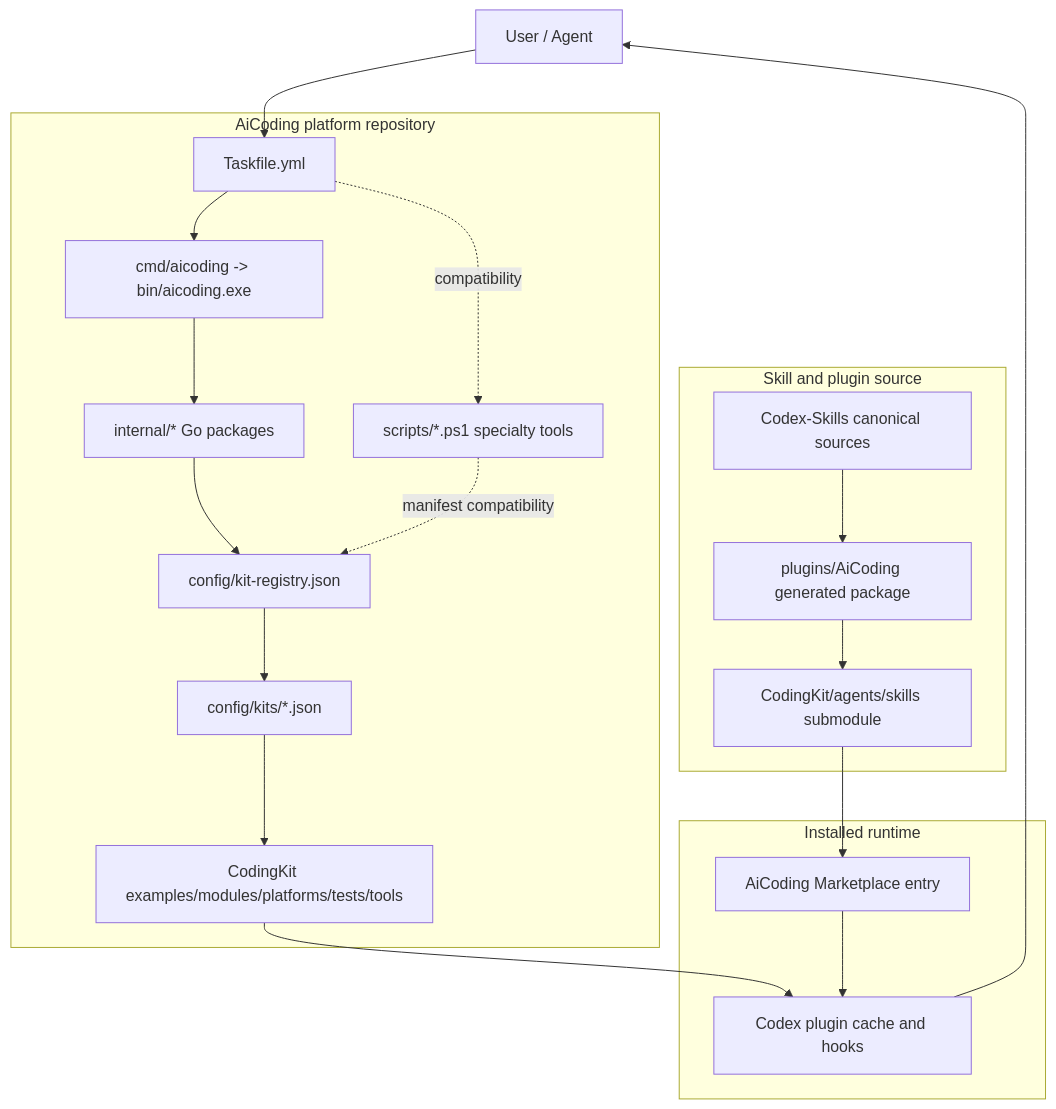
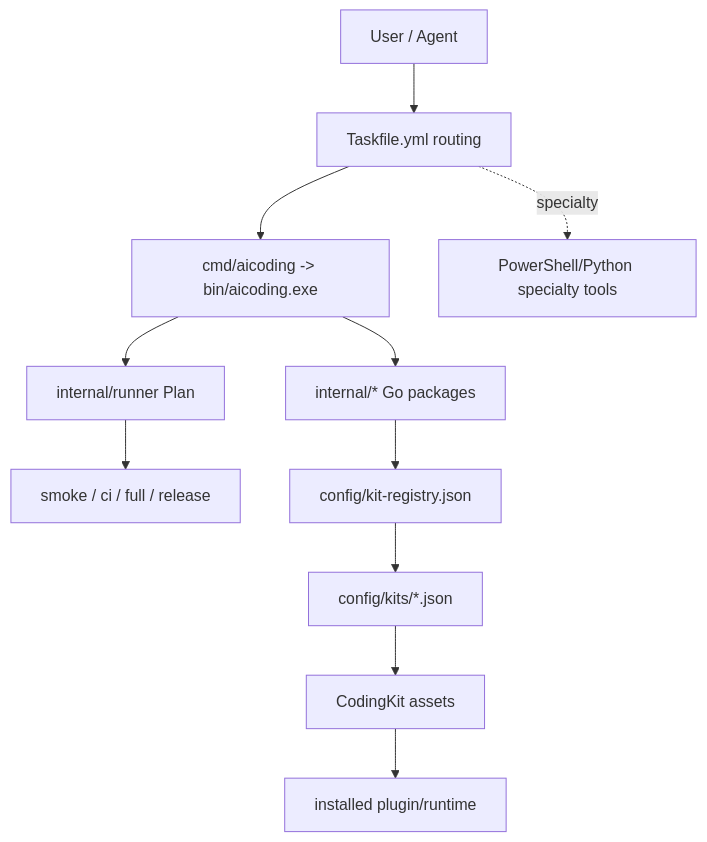
Before and after one commit to JiaxI2/AiCoding: the diagram in docs/ARCHITECTURE_OVERVIEW.md, drawn with Mermaid. The commit also changed other lines of this file and 82 other files, not shown here.

````diff
--- a/docs/ARCHITECTURE_OVERVIEW.md
+++ b/docs/ARCHITECTURE_OVERVIEW.md
@@ -21,32 +11,13 @@
 ```mermaid
 flowchart TD
-  User["User / Agent"] --> Taskfile["Taskfile.yml"]
-
-  subgraph Source["Skill and plugin source"]
-    CodexSkills["Codex-Skills canonical sources"]
-    PluginPackage["plugins/AiCoding generated package"]
-    Submodule["CodingKit/agents/skills submodule"]
-  end
-
-  subgraph Runtime["Installed runtime"]
-    Marketplace["AiCoding Marketplace entry"]
-    CodexRuntime["Codex plugin cache and hooks"]
-  end
-
-  subgraph Platform["AiCoding platform repository"]
-    Taskfile --> GoCLI["cmd/aicoding -> bin/aicoding.exe"]
-    Taskfile -. compatibility .-> Scripts["scripts/*.ps1 specialty tools"]
-    GoCLI --> Internal["internal/* Go packages"]
-    Internal --> Registry["config/kit-registry.json"]
-    Scripts -. manifest compatibility .-> Registry
-    Registry --> Manifests["config/kits/*.json"]
-    Manifests --> Assets["CodingKit examples/modules/platforms/tests/tools"]
-  end
-
-  CodexSkills --> PluginPackage
-  PluginPackage --> Submodule
-  Submodule --> Marketplace
-  Marketplace --> CodexRuntime
-  CodexRuntime --> User
-  Assets --> CodexRuntime
+  User["User / Agent"] --> Taskfile["Taskfile.yml routing"]
+  Taskfile --> GoCLI["cmd/aicoding -> bin/aicoding.exe"]
+  GoCLI --> Runner["internal/runner Plan"]
+  Runner --> Gates["smoke / ci / full / release"]
+  GoCLI --> Internal["internal/* Go packages"]
+  Internal --> Registry["config/kit-registry.json"]
+  Registry --> Manifests["config/kits/*.json"]
+  Manifests --> Assets["CodingKit assets"]
+  Taskfile -. specialty .-> Scripts["PowerShell/Python specialty tools"]
+  Assets --> Runtime["installed plugin/runtime"]
 ```
````
